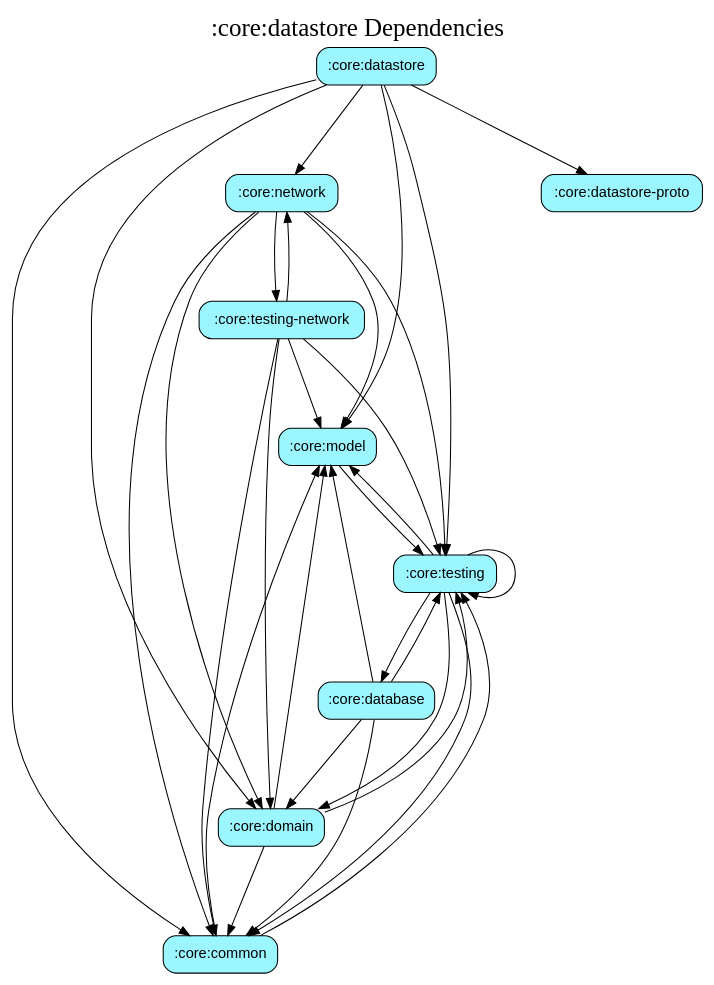
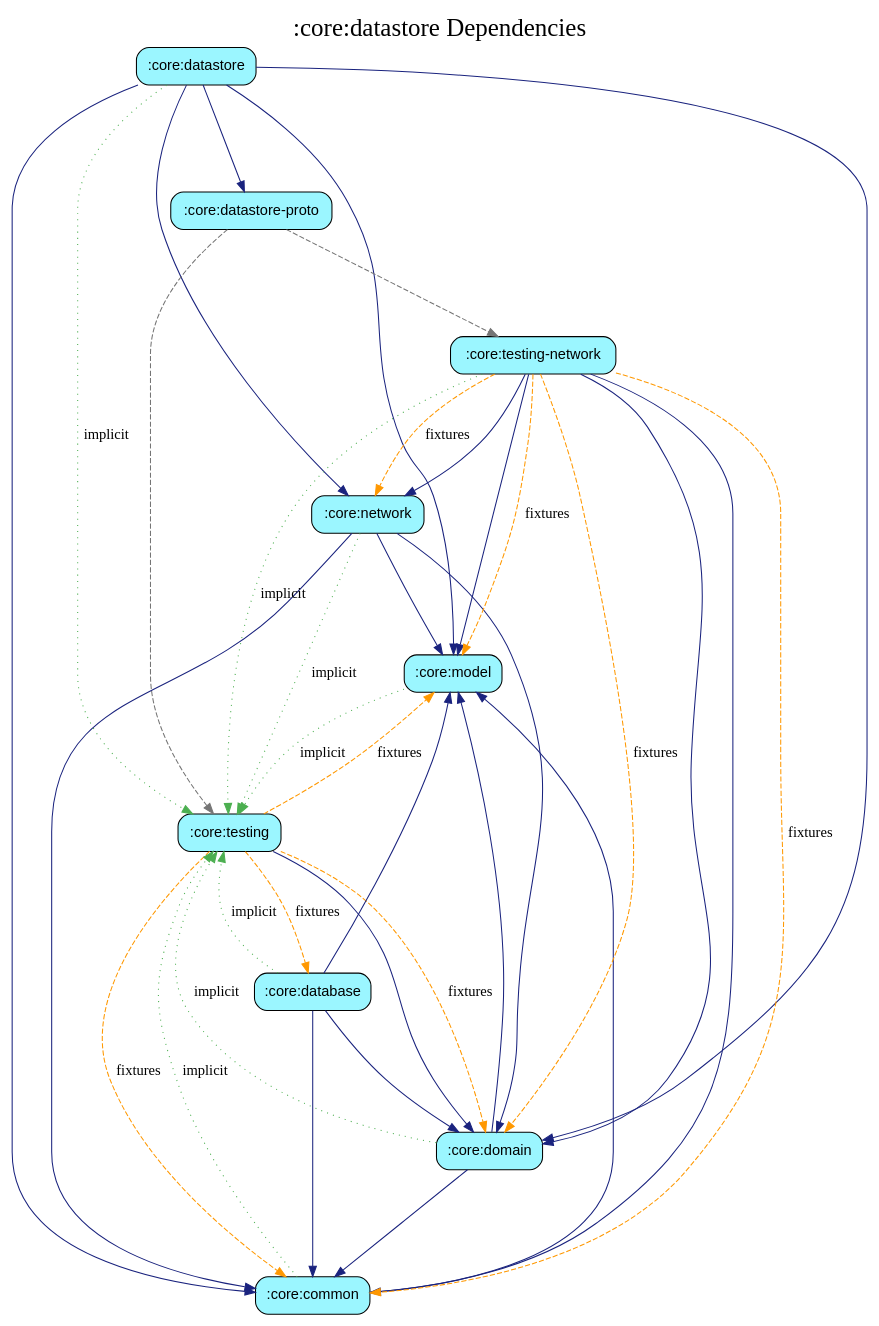
One commit to harrykibet/RealEstateApp-Android changed the diagram in core/datastore/module_graph.gv. Above: the diagram before and after it, drawn with Graphviz. The commit also changed 91 other files, not shown here.

```diff
--- a/core/datastore/module_graph.gv
+++ b/core/datastore/module_graph.gv
@@ -1,44 +1,49 @@
 digraph {
-  graph [label=":core:datastore Dependencies", labelloc=t, fontsize=24, ranksep=1.2];
+  graph [label=":core:datastore Dependencies", labelloc=t, fontsize=24, ranksep=1.4];
   node [style=filled, fillcolor="#bbdefb", fontname="sans-serif", shape=box, style="rounded,filled"];
   ":core:datastore" [fillcolor="#9BF6FF"];
   ":core:model" [fillcolor="#9BF6FF"];
   ":core:testing" [fillcolor="#9BF6FF"];
   ":core:domain" [fillcolor="#9BF6FF"];
   ":core:common" [fillcolor="#9BF6FF"];
   ":core:database" [fillcolor="#9BF6FF"];
   ":core:network" [fillcolor="#9BF6FF"];
+  ":core:datastore-proto" [fillcolor="#9BF6FF"];
   ":core:testing-network" [fillcolor="#9BF6FF"];
-  ":core:datastore-proto" [fillcolor="#9BF6FF"];
-  ":core:network" -> ":core:common"
-  ":core:network" -> ":core:domain"
-  ":core:network" -> ":core:model"
-  ":core:network" -> ":core:testing-network"
-  ":core:network" -> ":core:testing"
-  ":core:common" -> ":core:model"
-  ":core:common" -> ":core:testing"
-  ":core:domain" -> ":core:model"
-  ":core:domain" -> ":core:common"
-  ":core:domain" -> ":core:testing"
-  ":core:model" -> ":core:testing"
-  ":core:database" -> ":core:model"
-  ":core:database" -> ":core:domain"
-  ":core:database" -> ":core:common"
-  ":core:database" -> ":core:testing"
-  ":core:datastore" -> ":core:model"
-  ":core:datastore" -> ":core:domain"
-  ":core:datastore" -> ":core:common"
-  ":core:datastore" -> ":core:network"
-  ":core:datastore" -> ":core:datastore-proto"
-  ":core:datastore" -> ":core:testing"
-  ":core:testing" -> ":core:domain"
-  ":core:testing" -> ":core:model"
-  ":core:testing" -> ":core:common"
-  ":core:testing" -> ":core:database"
-  ":core:testing" -> ":core:testing"
-  ":core:testing-network" -> ":core:network"
-  ":core:testing-network" -> ":core:domain"
-  ":core:testing-network" -> ":core:model"
-  ":core:testing-network" -> ":core:common"
-  ":core:testing-network" -> ":core:testing"
+  ":core:network" -> ":core:common" [color="#1A237E", style=solid]
+  ":core:network" -> ":core:domain" [color="#1A237E", style=solid]
+  ":core:network" -> ":core:model" [color="#1A237E", style=solid]
+  ":core:network" -> ":core:testing" [color="#4CAF50", style=dotted, label="implicit"]
+  ":core:common" -> ":core:model" [color="#1A237E", style=solid]
+  ":core:common" -> ":core:testing" [color="#4CAF50", style=dotted, label="implicit"]
+  ":core:domain" -> ":core:model" [color="#1A237E", style=solid]
+  ":core:domain" -> ":core:common" [color="#1A237E", style=solid]
+  ":core:domain" -> ":core:testing" [color="#4CAF50", style=dotted, label="implicit"]
+  ":core:model" -> ":core:testing" [color="#4CAF50", style=dotted, label="implicit"]
+  ":core:database" -> ":core:model" [color="#1A237E", style=solid]
+  ":core:database" -> ":core:domain" [color="#1A237E", style=solid]
+  ":core:database" -> ":core:common" [color="#1A237E", style=solid]
+  ":core:database" -> ":core:testing" [color="#4CAF50", style=dotted, label="implicit"]
+  ":core:datastore" -> ":core:model" [color="#1A237E", style=solid]
+  ":core:datastore" -> ":core:domain" [color="#1A237E", style=solid]
+  ":core:datastore" -> ":core:common" [color="#1A237E", style=solid]
+  ":core:datastore" -> ":core:network" [color="#1A237E", style=solid]
+  ":core:datastore" -> ":core:datastore-proto" [color="#1A237E", style=solid]
+  ":core:datastore" -> ":core:testing" [color="#4CAF50", style=dotted, label="implicit"]
+  ":core:testing" -> ":core:domain" [color="#1A237E", style=solid]
+  ":core:testing" -> ":core:model" [color="#FF9800", style=dashed, label="fixtures"]
+  ":core:testing" -> ":core:common" [color="#FF9800", style=dashed, label="fixtures"]
+  ":core:testing" -> ":core:domain" [color="#FF9800", style=dashed, label="fixtures"]
+  ":core:testing" -> ":core:database" [color="#FF9800", style=dashed, label="fixtures"]
+  ":core:testing-network" -> ":core:network" [color="#1A237E", style=solid]
+  ":core:testing-network" -> ":core:domain" [color="#1A237E", style=solid]
+  ":core:testing-network" -> ":core:model" [color="#1A237E", style=solid]
+  ":core:testing-network" -> ":core:common" [color="#1A237E", style=solid]
+  ":core:testing-network" -> ":core:network" [color="#FF9800", style=dashed, label="fixtures"]
+  ":core:testing-network" -> ":core:domain" [color="#FF9800", style=dashed, label="fixtures"]
+  ":core:testing-network" -> ":core:model" [color="#FF9800", style=dashed, label="fixtures"]
+  ":core:testing-network" -> ":core:common" [color="#FF9800", style=dashed, label="fixtures"]
+  ":core:testing-network" -> ":core:testing" [color="#4CAF50", style=dotted, label="implicit"]
+  ":core:datastore-proto" -> ":core:testing" [color="#757575", style=dashed]
+  ":core:datastore-proto" -> ":core:testing-network" [color="#757575", style=dashed]
 }
```
